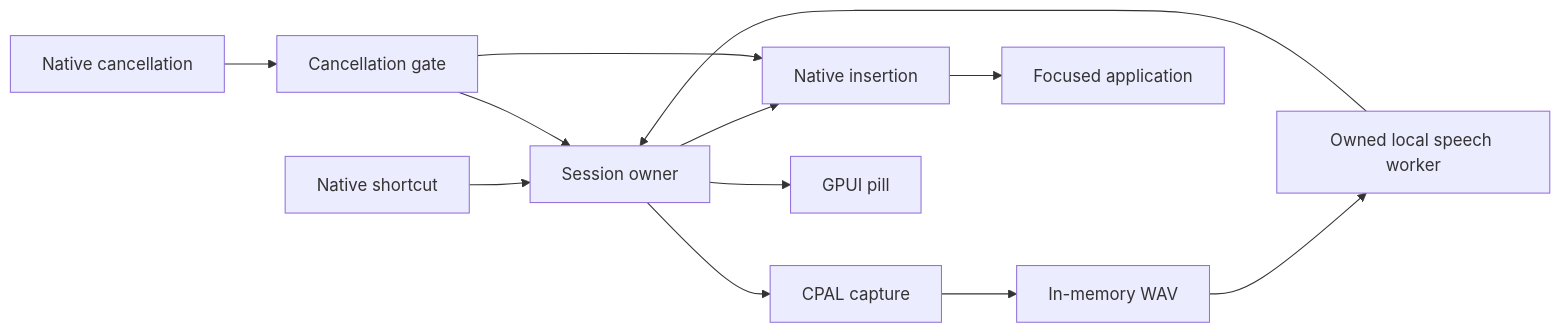
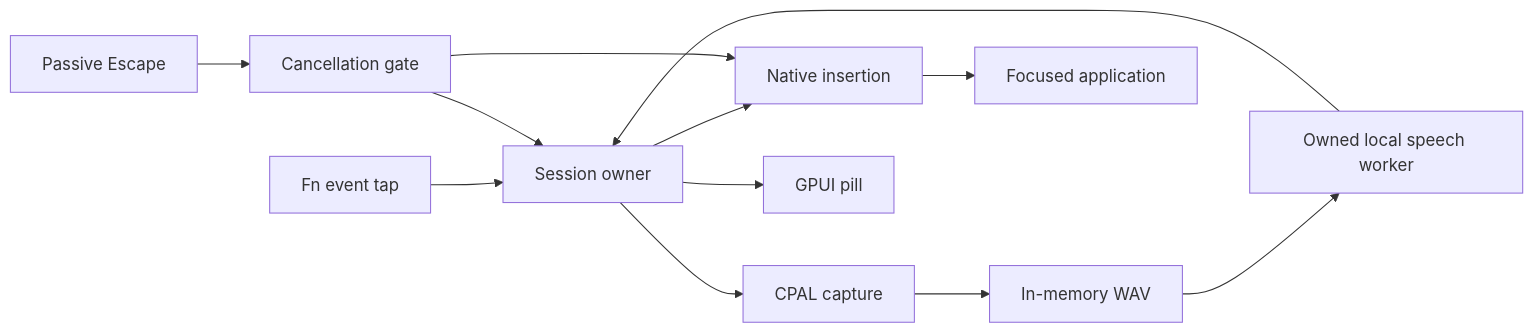
The first of 2 diagrams in docs/architecture.md (KrishRVH/speakeasy), drawn with Mermaid before and after one commit. The commit also changed other lines of this file and 69 other files, not shown here.

````diff
--- a/docs/architecture.md
+++ b/docs/architecture.md
@@ -9,14 +7,14 @@
 ```mermaid
 flowchart LR
-    Shortcut[Native shortcut] --> Session[Session owner]
+    Shortcut[Fn event tap] --> Session[Session owner]
     Session --> Capture[CPAL capture]
     Capture --> Audio[In-memory WAV]
     Audio --> Worker[Owned local speech worker]
     Worker --> Session
     Session --> Insert[Native insertion]
     Insert --> Editor[Focused application]
     Session --> Pill[GPUI pill]
-    Cancel[Native cancellation] --> Gate[Cancellation gate]
+    Cancel[Passive Escape] --> Gate[Cancellation gate]
     Gate --> Session
     Gate --> Insert
 ```
````
